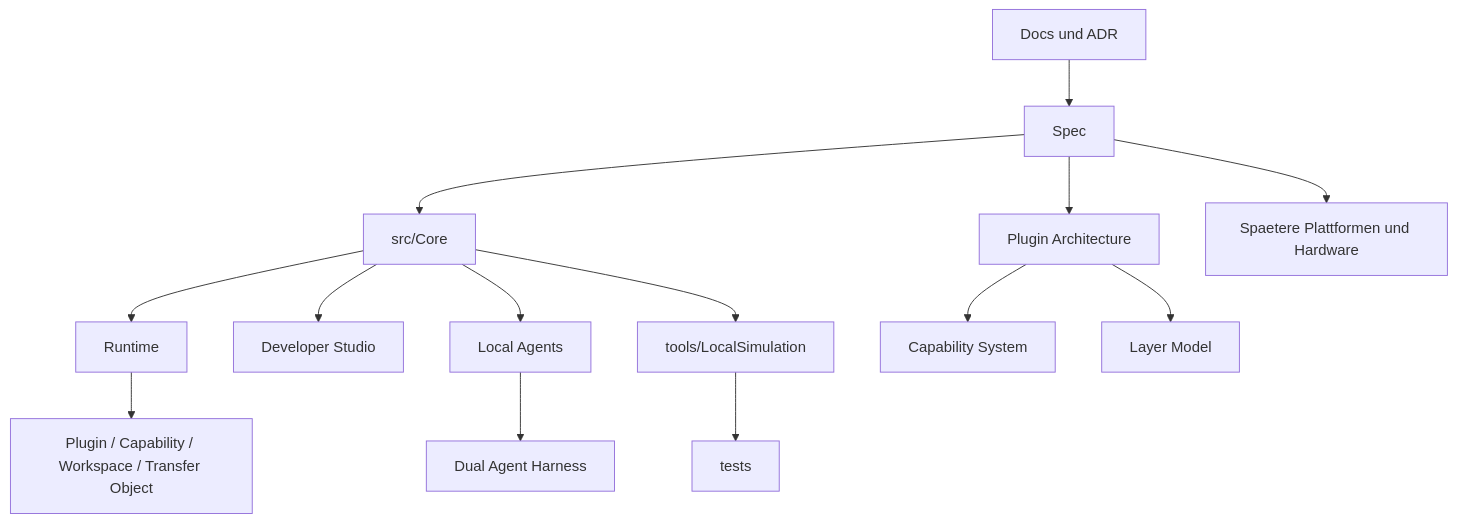
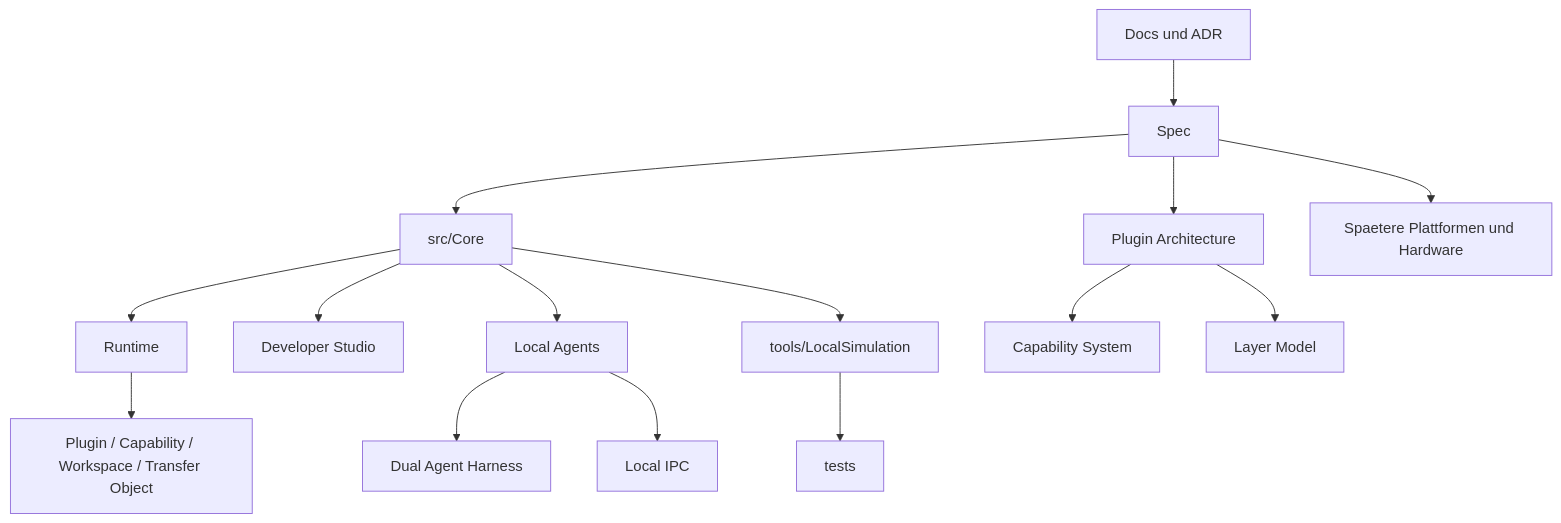
One commit to rk-engineeringAToutlook-de/RKWorkspace changed the diagram in README.md. Above: the diagram before and after it, drawn with Mermaid. The commit also changed other lines of this file and 22 other files, not shown here.

Commit message:
feat(agent): add local ipc two-process test

````diff
--- a/README.md
+++ b/README.md
@@ -58,16 +59,17 @@
 ```mermaid
 flowchart TB
     Docs["Docs und ADR"] --> Spec["Spec"]
     Spec --> Core["src/Core"]
     Core --> Runtime["Runtime"]
     Runtime --> Managers["Plugin / Capability / Workspace / Transfer Object"]
     Spec --> Plugins["Plugin Architecture"]
     Plugins --> Capabilities["Capability System"]
     Plugins --> Layers["Layer Model"]
     Core --> Studio["Developer Studio"]
     Core --> Agents["Local Agents"]
     Agents --> Harness["Dual Agent Harness"]
+    Agents --> Ipc["Local IPC"]
     Core --> Simulation["tools/LocalSimulation"]
     Simulation --> Tests["tests"]
     Spec --> Future["Spaetere Plattformen und Hardware"]
 ```
````
